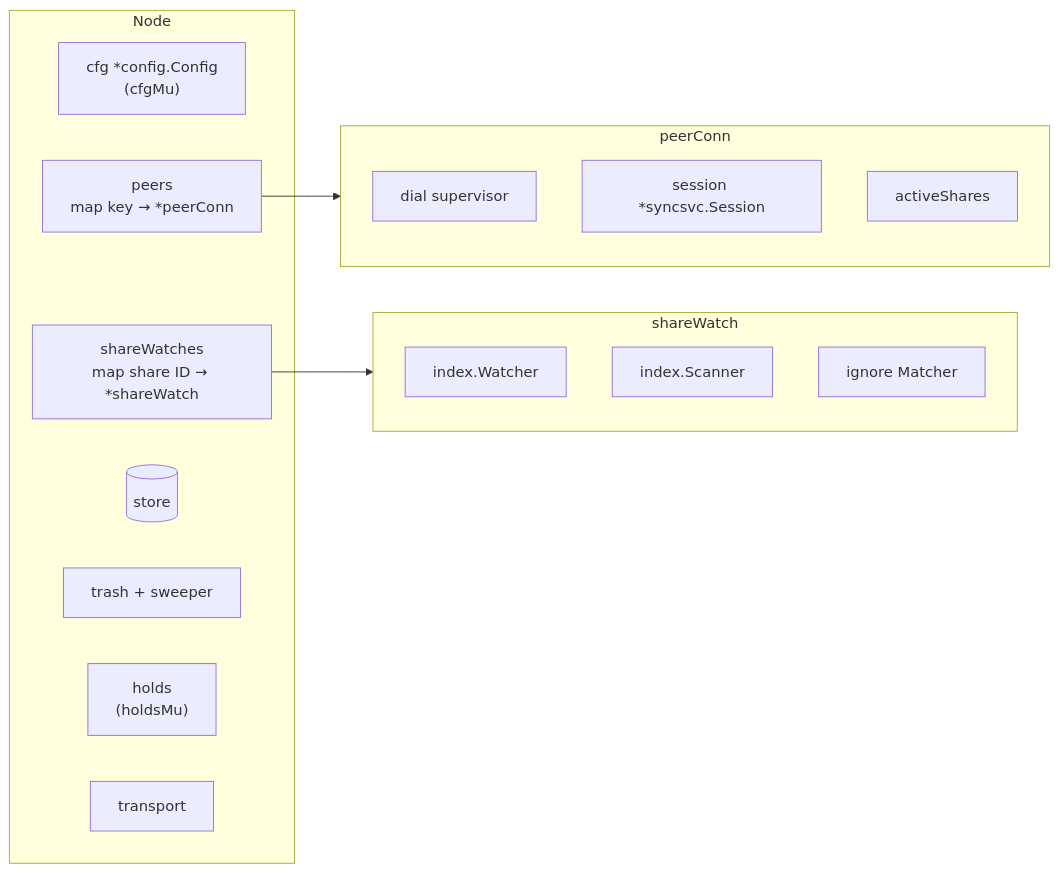
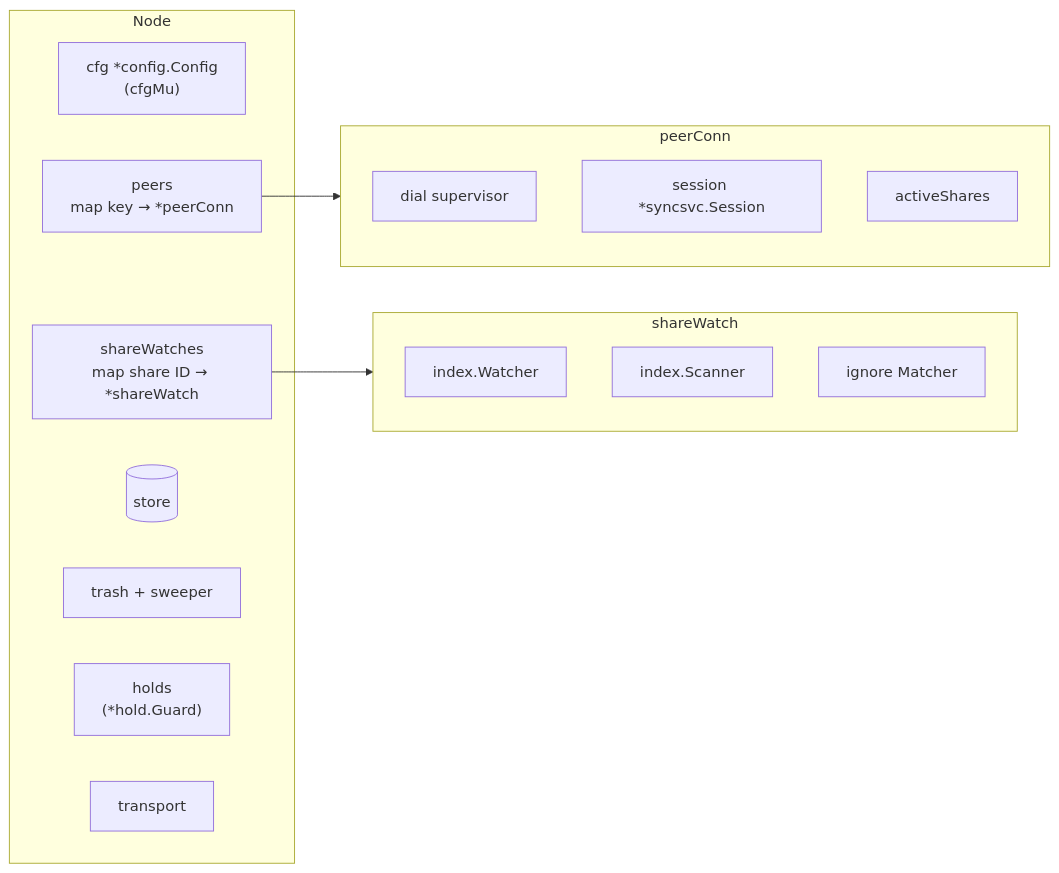
Before and after one commit to nickmarrone/syncat: the seventh of 14 diagrams in ARCHITECTURE.md, drawn with Mermaid. The commit also changed other lines of this file and 17 other files, not shown here.

````diff
--- a/ARCHITECTURE.md
+++ b/ARCHITECTURE.md
@@ -529,24 +569,24 @@
 ```mermaid
 flowchart LR
     subgraph Node
         cfg["cfg *config.Config<br/>(cfgMu)"]
         peers["peers<br/>map key → *peerConn"]
         watches["shareWatches<br/>map share ID → *shareWatch"]
         store[("store")]
         trash["trash + sweeper"]
-        holds["holds<br/>(holdsMu)"]
+        holds["holds<br/>(*hold.Guard)"]
         tr["transport"]
     end
     subgraph peerConn
         sup["dial supervisor"]
         sess["session *syncsvc.Session"]
         active["activeShares"]
     end
     subgraph shareWatch
         watcher["index.Watcher"]
         scanner["index.Scanner"]
         matcher["ignore Matcher"]
     end
     peers --> peerConn
     watches --> shareWatch
 ```
````
